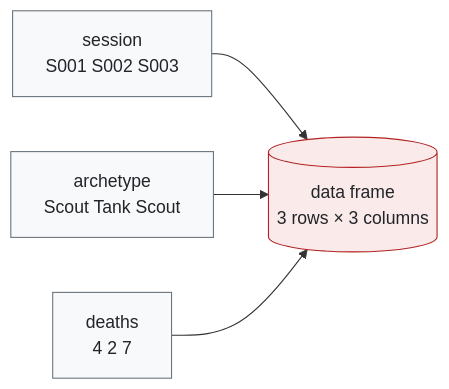
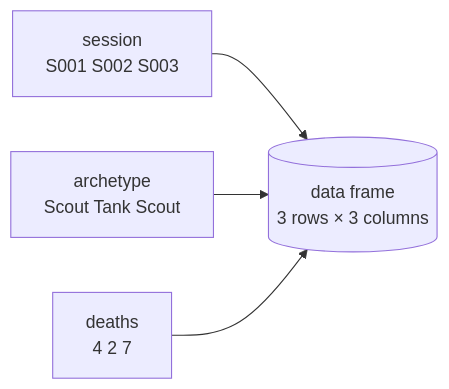
One commit to nmcguinness/L8-3DGD-Playtest-Analytics changed the second of 2 diagrams in notes/02-r-first-principles.qmd. Above: the diagram before and after it, drawn with Mermaid. The commit also changed other lines of this file and 143 other files, not shown here.

````diff
--- a/notes/02-r-first-principles.qmd
+++ b/notes/02-r-first-principles.qmd
@@ -484,12 +484,9 @@
 ```{mermaid}
 %%| label: fig-dataframe
 %%| fig-cap: "A data frame is a set of equal-length vectors, one per column."
 flowchart LR
   V1["session<br/>S001 S002 S003"] --> DF[("data frame<br/>3 rows × 3 columns")]
   V2["archetype<br/>Scout Tank Scout"] --> DF
   V3["deaths<br/>4 2 7"] --> DF
-  classDef v fill:#f8f9fa,stroke:#6c757d,color:#212529
-  classDef d fill:#fbeaea,stroke:#b22222,color:#212529
-  class V1,V2,V3 v
-  class DF d
+  class DF accent
 ```
````
